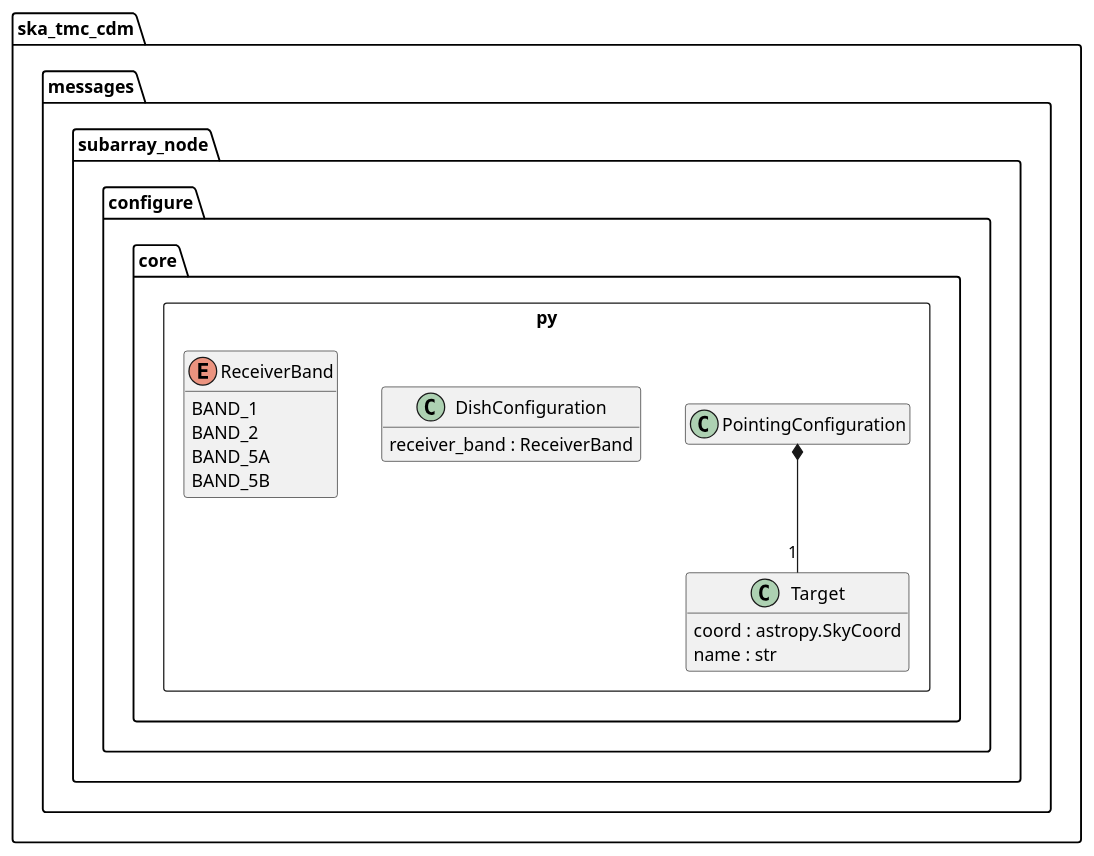
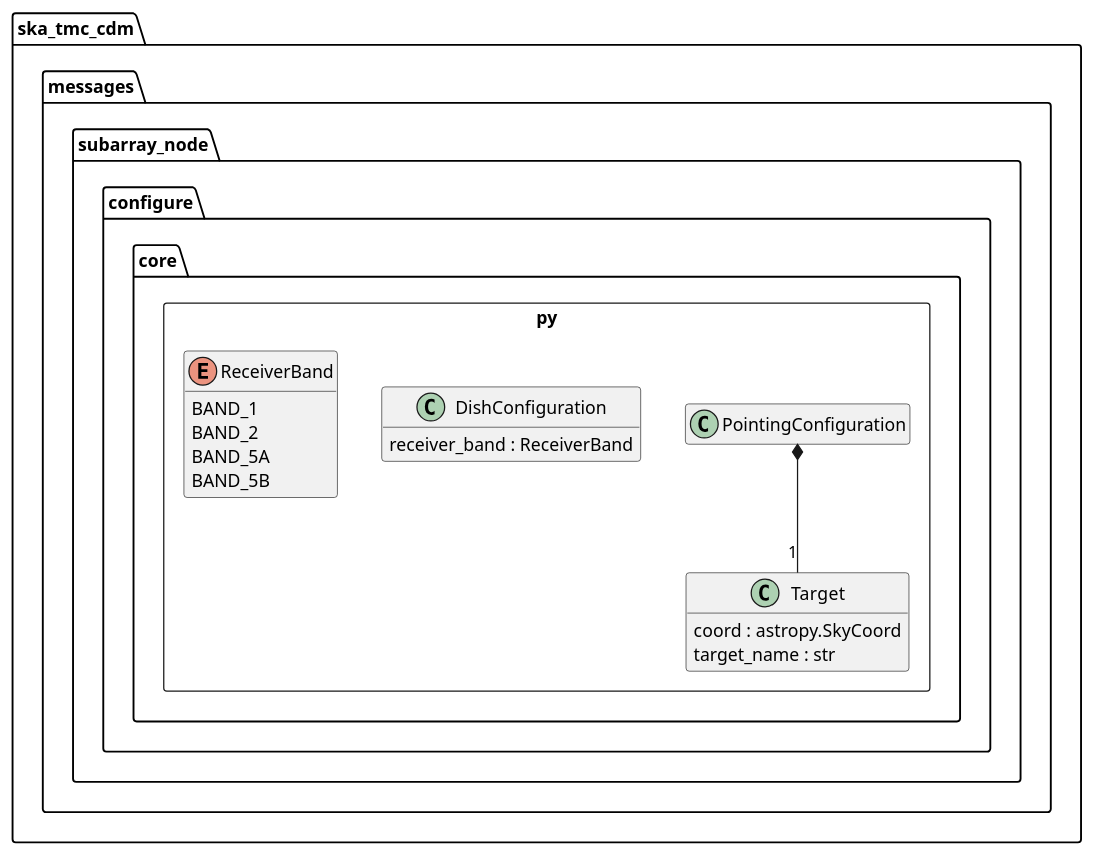
One commit to ska-telescope/cdm-shared-library changed the diagram in docs/src/developer/subarraynode/core.puml. Above: the diagram before and after it, drawn with PlantUML. The commit also changed 10 other files, not shown here.

Commit message:
AT2-855 change target.name to target.target_name

```diff
--- a/docs/src/developer/subarraynode/core.puml
+++ b/docs/src/developer/subarraynode/core.puml
@@ -1,31 +1,31 @@
 @startuml
 hide empty members
 
 package ska_tmc_cdm.messages.subarray_node.configure {
 
 	package core.py <<Rectangle>> {
 
 		class Target {
 			coord : astropy.SkyCoord
-			name : str
+			target_name : str
 		}
 
 		class PointingConfiguration
 		PointingConfiguration *-- "1" Target
 
 		class DishConfiguration {
             receiver_band : ReceiverBand
 		}
 
 		enum ReceiverBand {
 			BAND_1
 			BAND_2
 			BAND_5A
 			BAND_5B
 		}
 
 	}
 
 }
 
 @enduml
```
